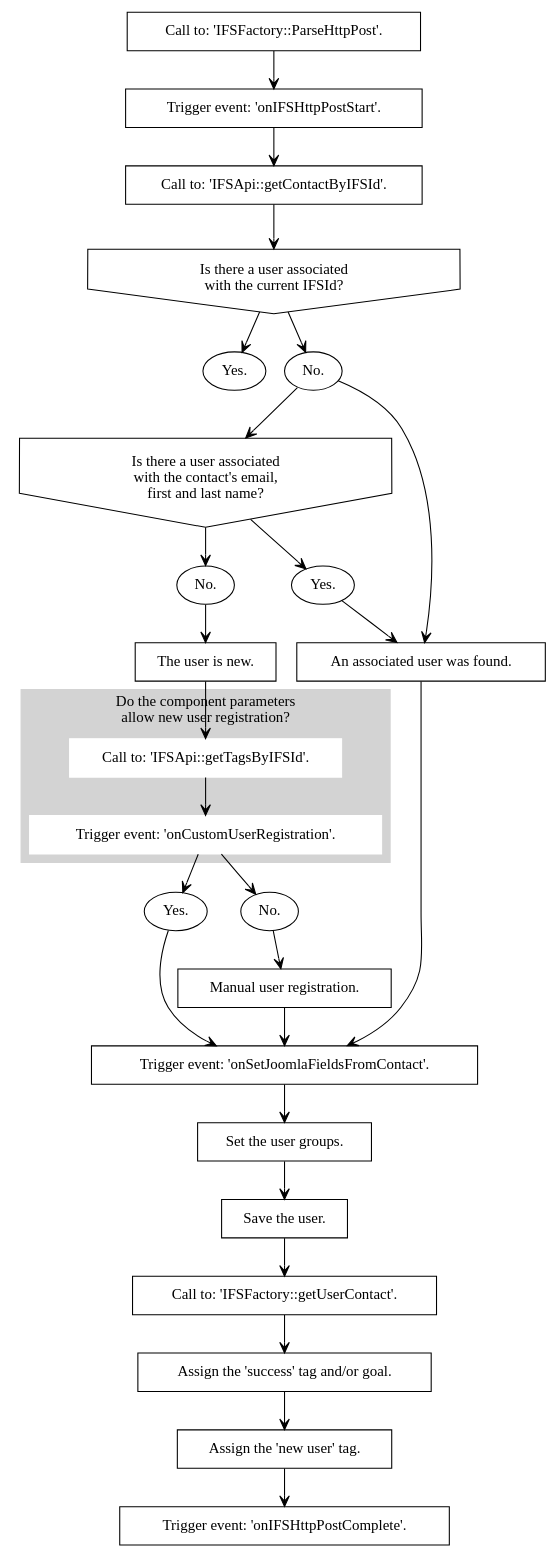
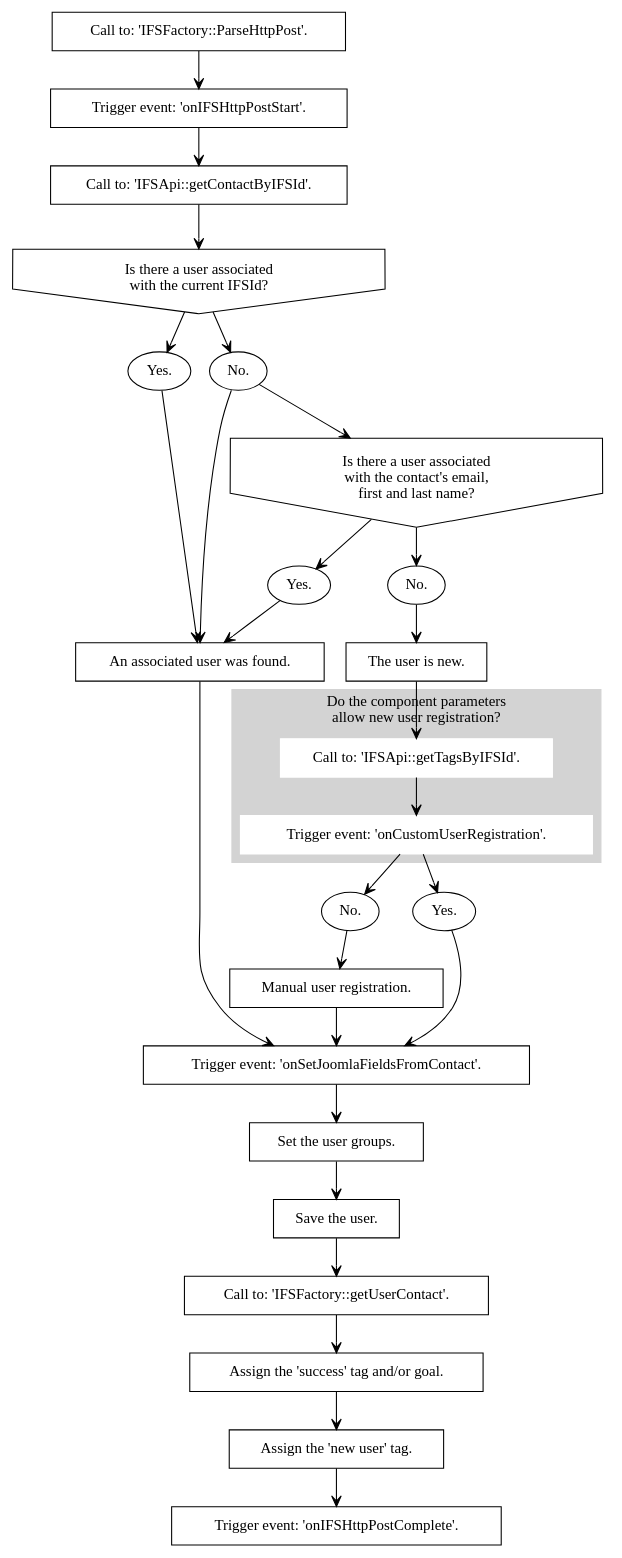
Before and after one commit to treste91/JoomFuse: the diagram in docs/procedures/register_user.rst, drawn with Graphviz.

```diff
--- a/docs/procedures/register_user.rst
+++ b/docs/procedures/register_user.rst
@@ -4,63 +4,64 @@
 .. graphviz::
 
    digraph {
    
       1 [label="Call to: 'IFSFactory::ParseHttpPost'." shape=rectangle]
       2 [label="Trigger event: 'onIFSHttpPostStart'." shape=rectangle]
       3 [label="Call to: 'IFSApi::getContactByIFSId'." shape=rectangle]
       4 [label="Is there a user associated\n with the current IFSId?" shape=invhouse]
       5 [label="Yes." shape=oval]
       6 [label="No." shape=oval]
       7 [label="Is there a user associated\n with the contact's email,\n first and last name?" shape=invhouse]
       8 [label="Yes." shape=oval]
       9 [label="An associated user was found." shape=rectangle]
       10 [label="No." shape=oval]
       11 [label="The user is new." shape=rectangle]
       
       subgraph cluster_1 {
          style=filled;
          color=lightgrey;
 		   node [style=filled,color=white];
          label="Do the component parameters\n allow new user registration?"
          12 [label="Call to: 'IFSApi::getTagsByIFSId'." shape=rectangle]
          13 [label="Trigger event: 'onCustomUserRegistration'." shape=rectangle]
       }
       
       14 [label="Yes." shape=oval]
       15 [label="No." shape=oval]
       16 [label="Manual user registration." shape=rectangle]
       17 [label="Trigger event: 'onSetJoomlaFieldsFromContact'." shape=rectangle]
       18 [label="Set the user groups." shape=rectangle]
       19 [label="Save the user." shape=rectangle]
       20 [label="Call to: 'IFSFactory::getUserContact'." shape=rectangle]
       21 [label="Assign the 'success' tag and/or goal." shape=rectangle]
       22 [label="Assign the 'new user' tag." shape=rectangle]
-      23 [label="Trigger event: 'onIFSHttpPostComplete'." shape=rectangle]
+      23 [label="Trigger event: 'onIFSHttpPostComplete'." url="https://joomfuse.readthedocs.io/en/latest/events/joomfuse_events.html#onifshttppostcomplete" shape=rectangle]
       
       
       1 -> 2 [arrowhead=vee arrowsize=1]
       2 -> 3 [arrowhead=vee arrowsize=1]
       3 -> 4 [arrowhead=vee arrowsize=1]
       4 -> 5 [arrowhead=vee arrowsize=1]
       4 -> 6 [arrowhead=vee arrowsize=1]
       6 -> 7 [arrowhead=vee arrowsize=1]
       7 -> 8 [arrowhead=vee arrowsize=1]
       8 -> 9 [arrowhead=vee arrowsize=1]
+      5 -> 9 [arrowhead=vee arrowsize=1]
       6 -> 9 [arrowhead=vee arrowsize=1]
       7 -> 10 [arrowhead=vee arrowsize=1]
       10 -> 11 [arrowhead=vee arrowsize=1]
       11 -> 12 [arrowhead=vee arrowsize=1]
       12 -> 13 [arrowhead=vee arrowsize=1]
       13 -> 14 [arrowhead=vee arrowsize=1]
       13 -> 15 [arrowhead=vee arrowsize=1]
       15 -> 16 [arrowhead=vee arrowsize=1]
       16 -> 17 [arrowhead=vee arrowsize=1]
       14 -> 17 [arrowhead=vee arrowsize=1]
       9 -> 17 [arrowhead=vee arrowsize=1]
       17 -> 18 [arrowhead=vee arrowsize=1]
       18 -> 19 [arrowhead=vee arrowsize=1]
       19 -> 20 [arrowhead=vee arrowsize=1]
       20 -> 21 [arrowhead=vee arrowsize=1]
       21 -> 22 [arrowhead=vee arrowsize=1]
       22 -> 23 [arrowhead=vee arrowsize=1]
    }
```
